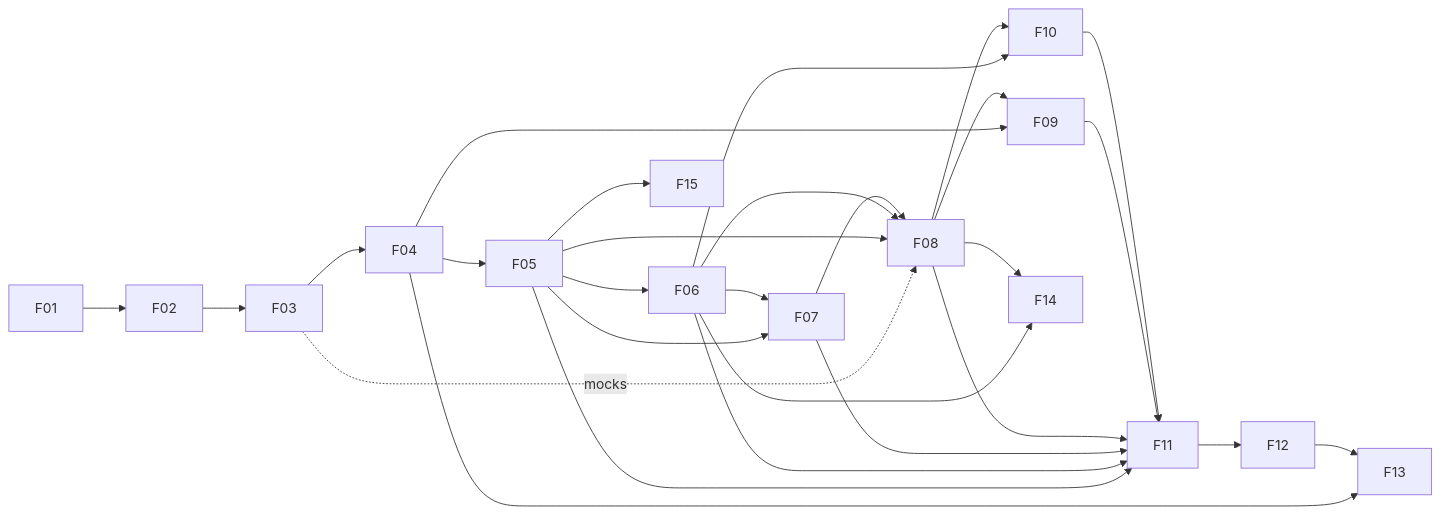
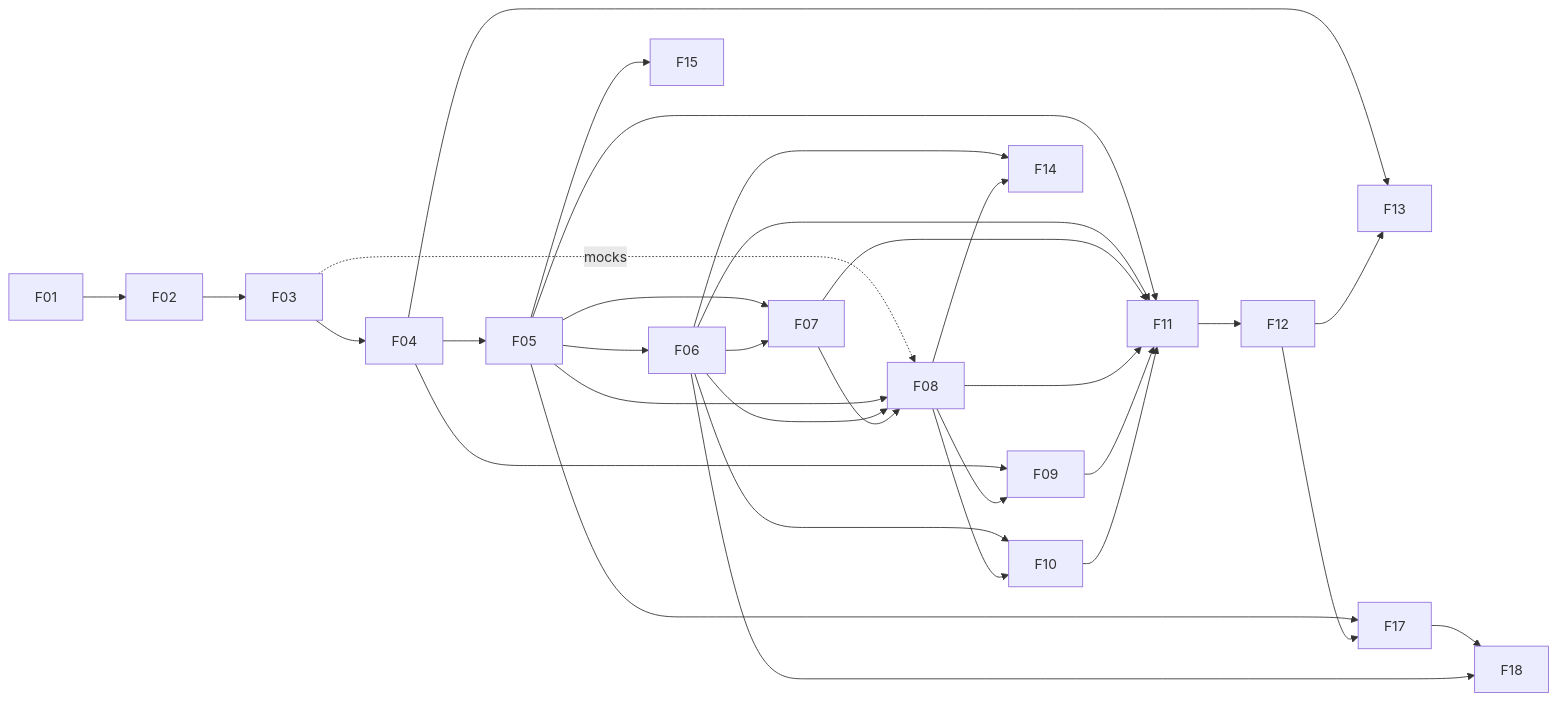
The second of 2 diagrams in specs/ROADMAP.md (micaelleos/FunctionalAgent), drawn with Mermaid before and after one commit. The commit also changed other lines of this file and 22 other files, not shown here.

````diff
--- a/specs/ROADMAP.md
+++ b/specs/ROADMAP.md
@@ -100,14 +114,16 @@
 ```mermaid
 flowchart LR
     F01 --> F02 --> F03 --> F04 --> F05 --> F06
     F05 --> F07
     F06 --> F07
     F03 -.mocks.-> F08
     F05 & F06 & F07 --> F08
     F04 & F08 --> F09
     F06 & F08 --> F10
     F05 & F06 & F07 & F08 & F09 & F10 --> F11 --> F12
     F04 & F12 --> F13
+    F05 & F12 --> F17 --> F18
+    F06 --> F18
     F06 & F08 --> F14
     F05 --> F15
 ```
````
